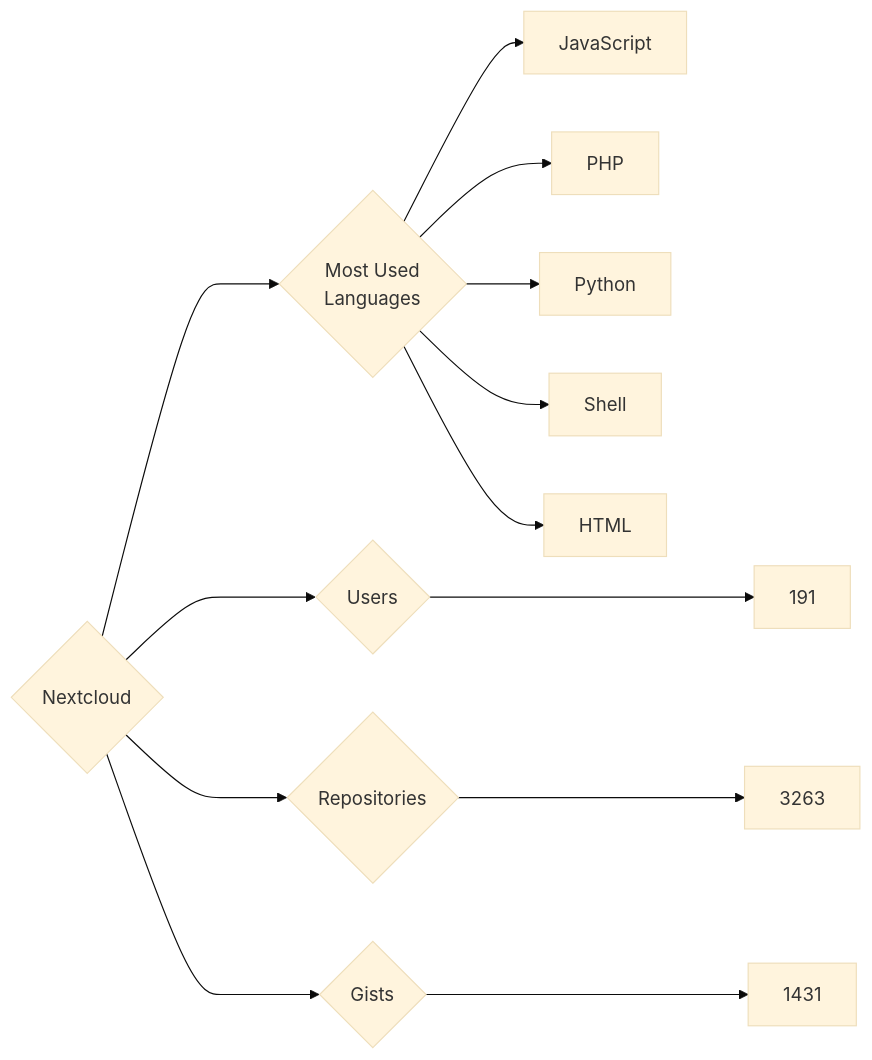
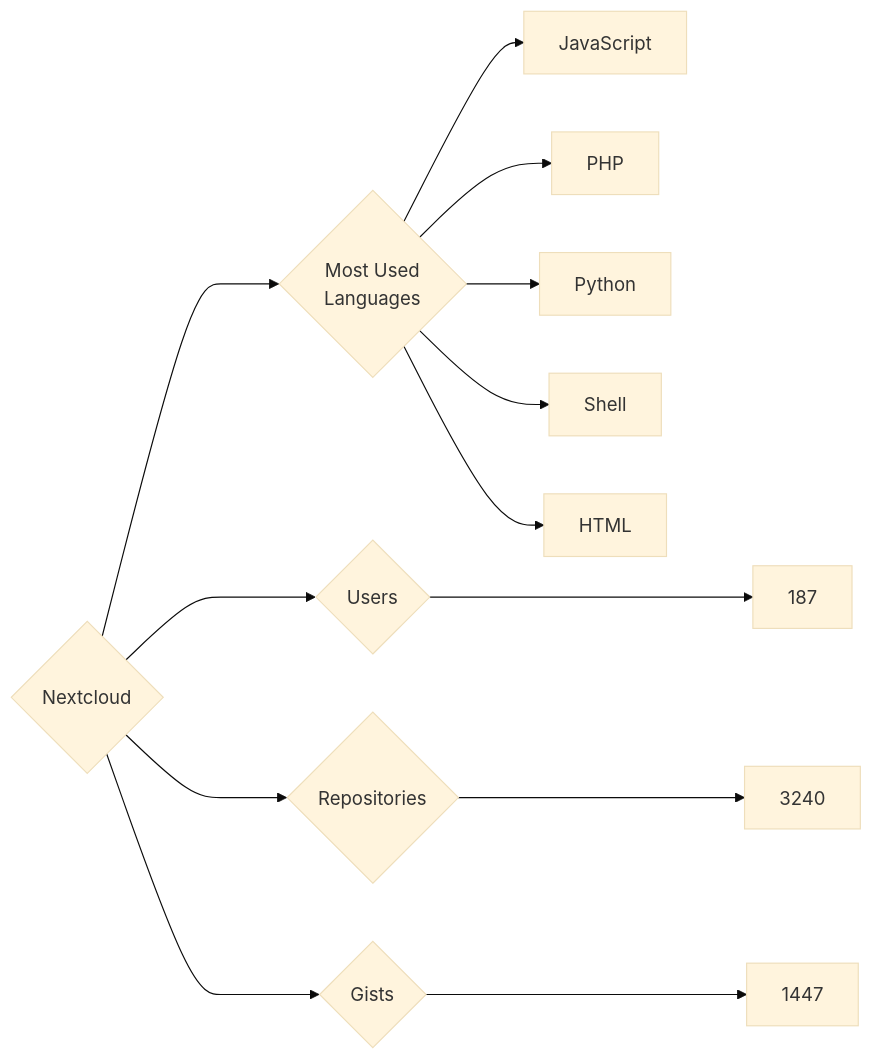
The diagram in targets/Nextcloud/README.md (trickest/insiders), drawn with Mermaid (base theme) before and after one commit. The commit also changed 972 other files, not shown here.

````diff
--- a/targets/Nextcloud/README.md
+++ b/targets/Nextcloud/README.md
@@ -3,13 +3,13 @@
 ```mermaid
 graph LR
 COMPANY_NAME{Nextcloud}
-COMPANY_NAME ---> U{Users} ---> UN[191]
-COMPANY_NAME ---> R{Repositories} ---> RN[3263]
-COMPANY_NAME ---> G{Gists} ---> GN[1431]
+COMPANY_NAME ---> U{Users} ---> UN[187]
+COMPANY_NAME ---> R{Repositories} ---> RN[3240]
+COMPANY_NAME ---> G{Gists} ---> GN[1447]
 COMPANY_NAME ---> ML{Most Used<br>Languages}
 ML --> JavaScript[JavaScript]
 ML --> PHP[PHP]
 ML --> Python[Python]
 ML --> Shell[Shell]
 ML --> HTML[HTML]
 ```
````
